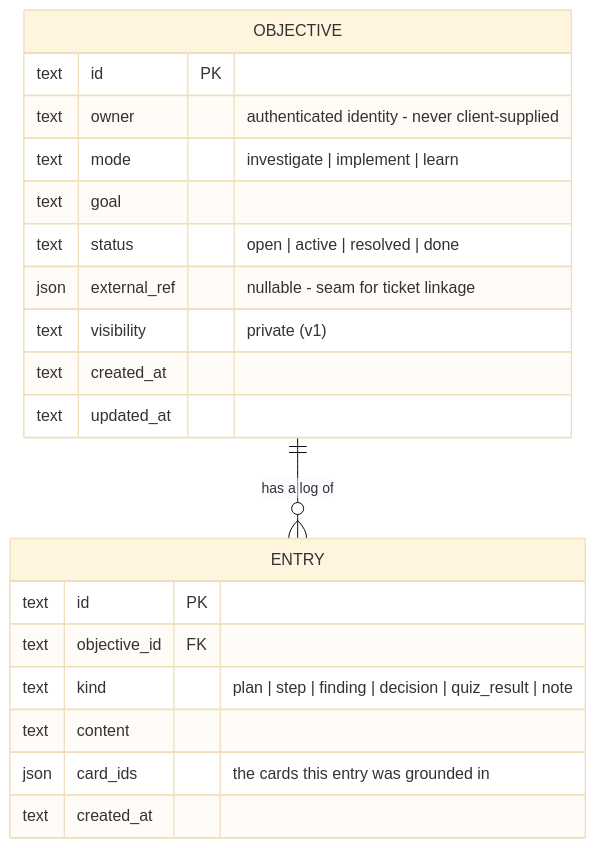
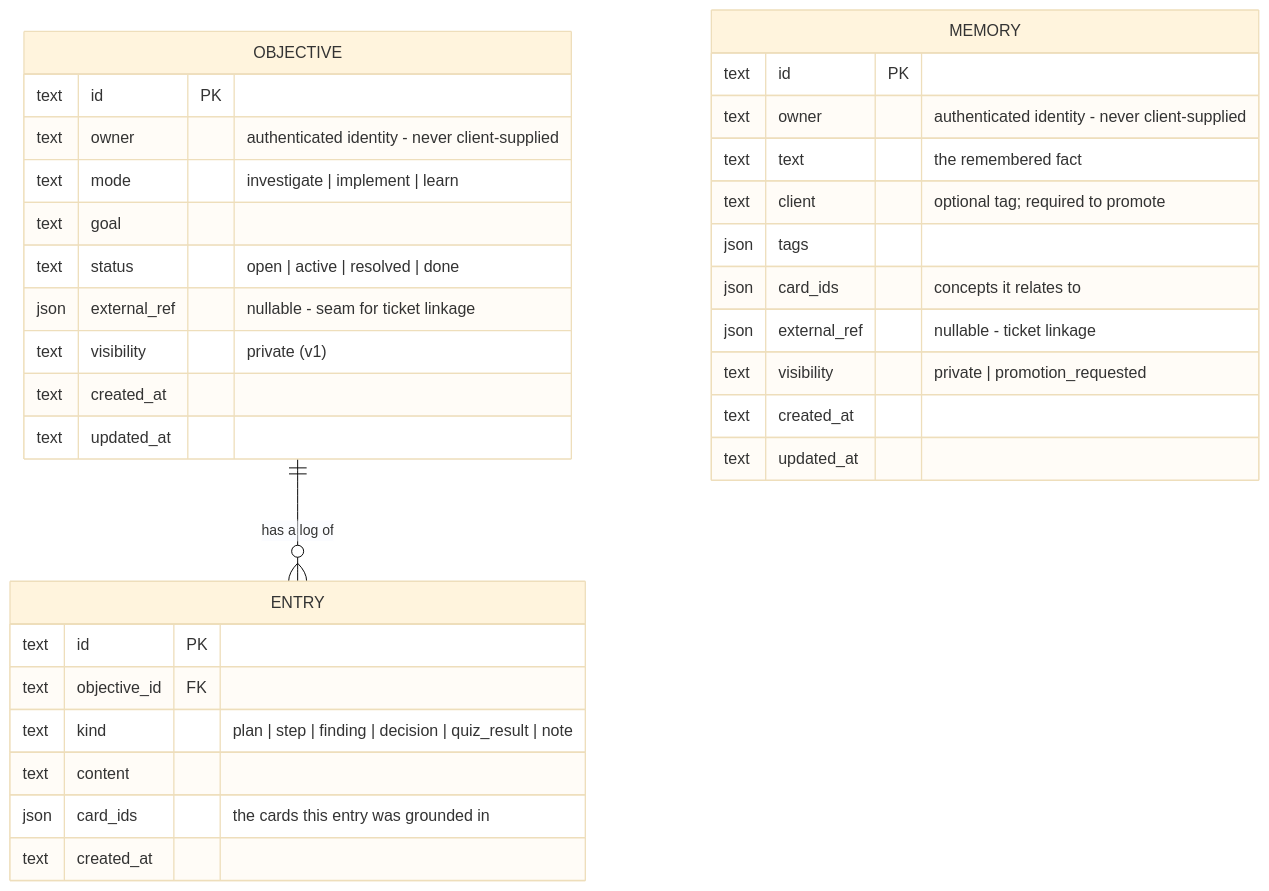
Before and after one commit to voyagerforge-dev/hive-intelligence: the fifth of 9 diagrams in knowledge/okf/docs/OKF-Pipeline.md, drawn with Mermaid (base theme). The commit also changed other lines of this file, not shown here.

First line of the commit message:
docs(okf): document the memory layer (Spec 3) across the doc set

````diff
--- a/knowledge/okf/docs/OKF-Pipeline.md
+++ b/knowledge/okf/docs/OKF-Pipeline.md
@@ -454,23 +530,35 @@
 ```mermaid
 erDiagram
     OBJECTIVE ||--o{ ENTRY : "has a log of"
     OBJECTIVE {
         text   id PK
         text   owner        "authenticated identity - never client-supplied"
         text   mode         "investigate | implement | learn"
         text   goal
         text   status       "open | active | resolved | done"
         json   external_ref "nullable - seam for ticket linkage"
         text   visibility   "private (v1)"
         text   created_at
         text   updated_at
     }
     ENTRY {
         text   id PK
         text   objective_id FK
         text   kind         "plan | step | finding | decision | quiz_result | note"
         text   content
         json   card_ids     "the cards this entry was grounded in"
         text   created_at
     }
+    MEMORY {
+        text   id PK
+        text   owner        "authenticated identity - never client-supplied"
+        text   text         "the remembered fact"
+        text   client       "optional tag; required to promote"
+        json   tags
+        json   card_ids     "concepts it relates to"
+        json   external_ref "nullable - ticket linkage"
+        text   visibility   "private | promotion_requested"
+        text   created_at
+        text   updated_at
+    }
 ```
````
